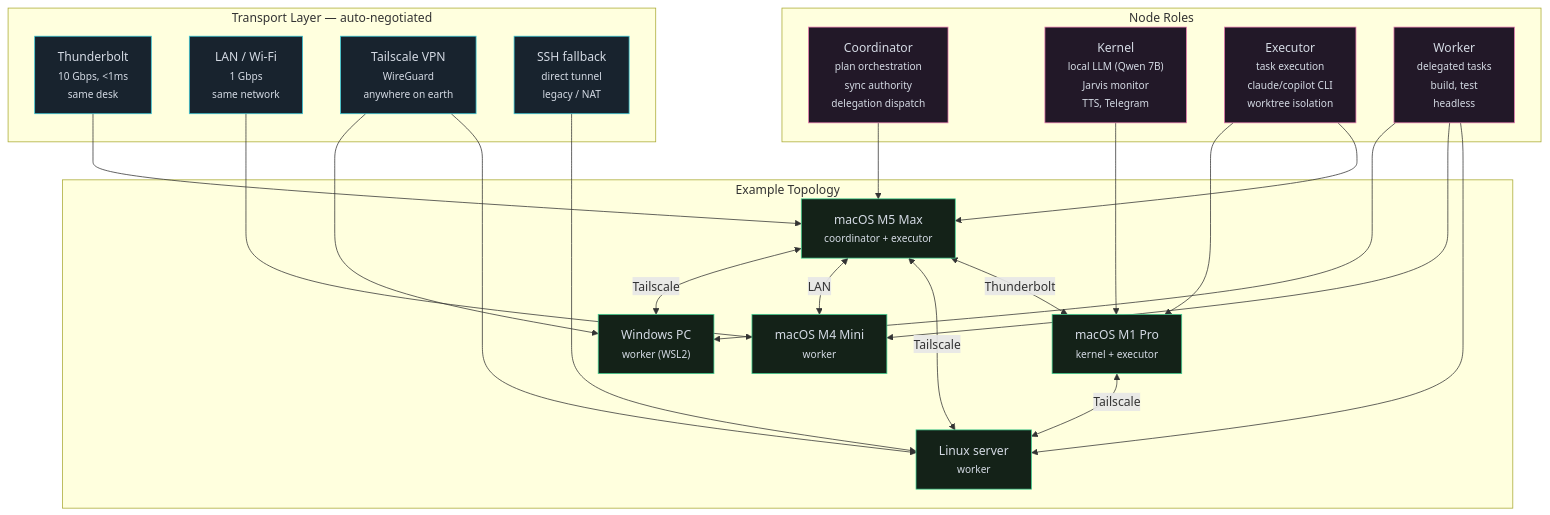
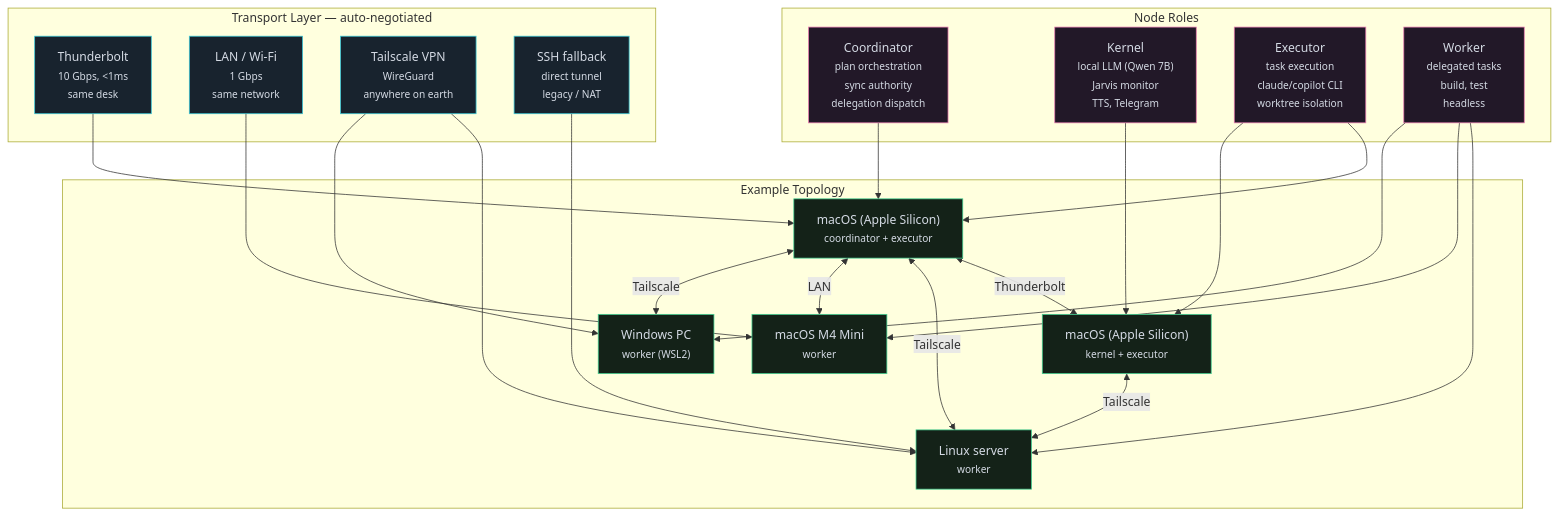
Before and after one commit to Roberdan/ConvergioPlatform: the third of 4 diagrams in README.md, drawn with Mermaid. The commit also changed other lines of this file, not shown here.

````diff
--- a/README.md
+++ b/README.md
@@ -322,52 +322,52 @@
 ```mermaid
 graph TB
     subgraph TRANSPORT["Transport Layer — auto-negotiated"]
         TB["Thunderbolt<br><small>10 Gbps, <1ms<br>same desk</small>"]
         LAN["LAN / Wi-Fi<br><small>1 Gbps<br>same network</small>"]
         TS["Tailscale VPN<br><small>WireGuard<br>anywhere on earth</small>"]
         SSH["SSH fallback<br><small>direct tunnel<br>legacy / NAT</small>"]
     end
 
     subgraph ROLES["Node Roles"]
         COORD["Coordinator<br><small>plan orchestration<br>sync authority<br>delegation dispatch</small>"]
         KERNEL["Kernel<br><small>local LLM (Qwen 7B)<br>Jarvis monitor<br>TTS, Telegram</small>"]
         EXECUTOR["Executor<br><small>task execution<br>claude/copilot CLI<br>worktree isolation</small>"]
         WORKER["Worker<br><small>delegated tasks<br>build, test<br>headless</small>"]
     end
 
     subgraph NODES["Example Topology"]
-        N1["macOS M5 Max<br><small>coordinator + executor</small>"]
-        N2["macOS M1 Pro<br><small>kernel + executor</small>"]
+        N1["macOS (Apple Silicon)<br><small>coordinator + executor</small>"]
+        N2["macOS (Apple Silicon)<br><small>kernel + executor</small>"]
         N3["Linux server<br><small>worker</small>"]
         N4["macOS M4 Mini<br><small>worker</small>"]
         N5["Windows PC<br><small>worker (WSL2)</small>"]
     end
 
     N1 <-- "Thunderbolt" --> N2
     N1 <-- "Tailscale" --> N3
     N1 <-- "LAN" --> N4
     N1 <-- "Tailscale" --> N5
     N2 <-- "Tailscale" --> N3
 
     TB --> N1
     LAN --> N4
     TS --> N3
     TS --> N5
     SSH --> N3
 
     COORD --> N1
     KERNEL --> N2
     EXECUTOR --> N1
     EXECUTOR --> N2
     WORKER --> N3
     WORKER --> N4
     WORKER --> N5
 
     classDef transport fill:#18232e,stroke:#38c8d8,color:#d4dae4
     classDef role fill:#221828,stroke:#e87ab0,color:#d4dae4
     classDef node fill:#142218,stroke:#42d392,color:#d4dae4
 
     class TB,LAN,TS,SSH transport
     class COORD,KERNEL,EXECUTOR,WORKER role
     class N1,N2,N3,N4,N5 node
 ```
````
